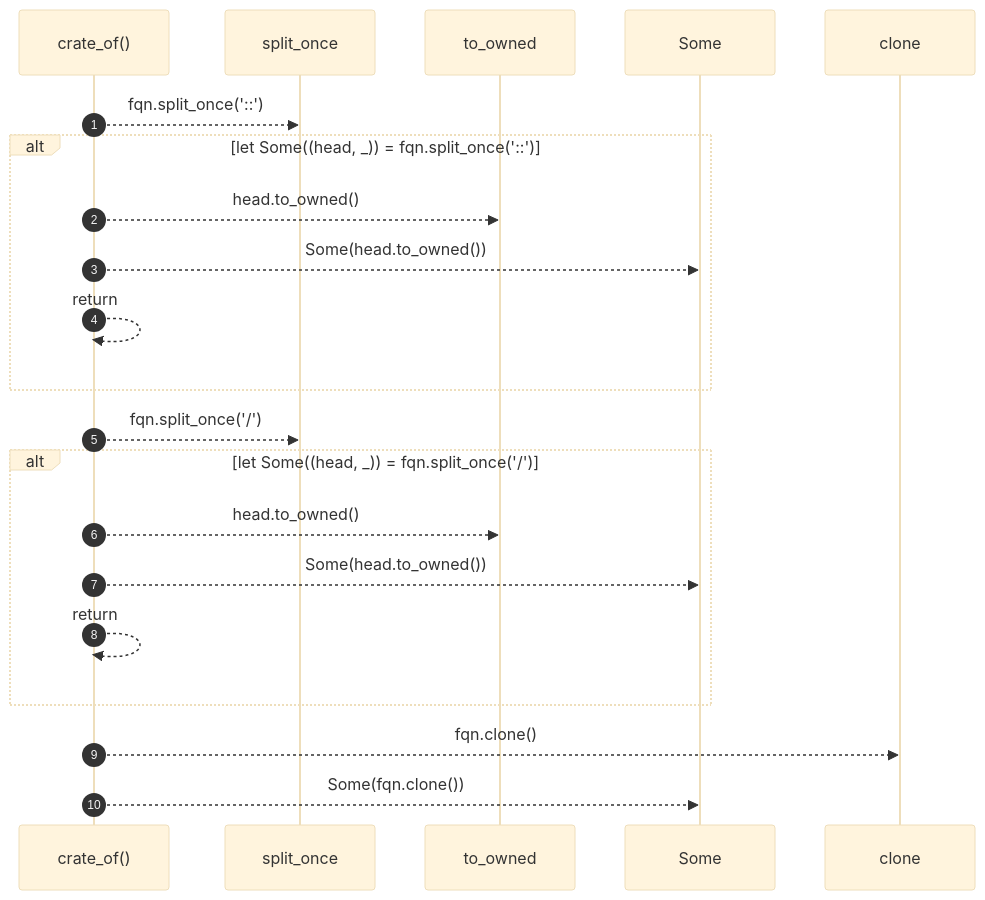
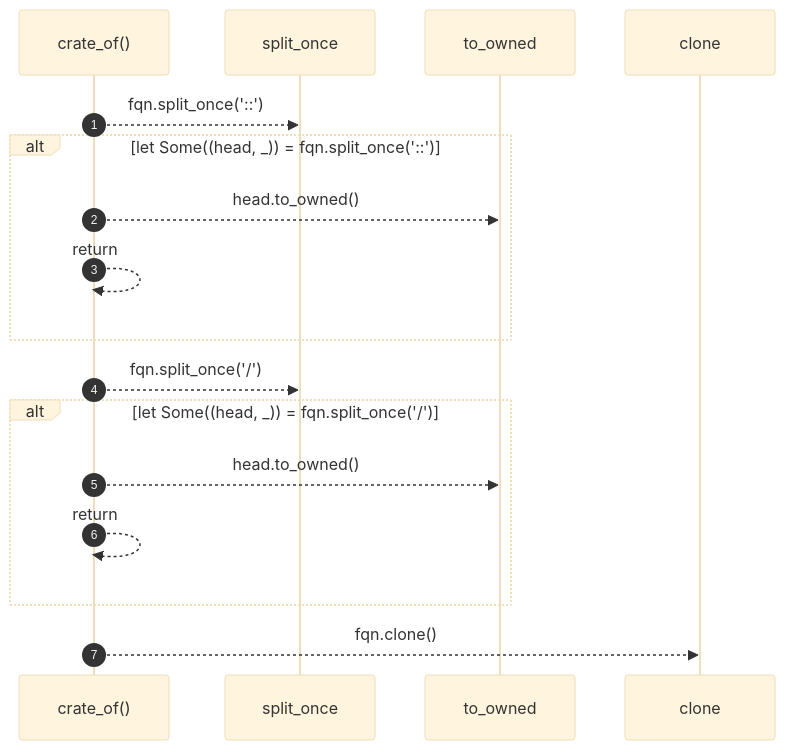
Before and after one commit to RyanGuild/self-describing-code: the diagram in docs/self-model/robby_render/tree/crate-of.md, drawn with Mermaid (base theme). The commit also changed other lines of this file and 747 other files, not shown here.

````diff
--- a/docs/self-model/robby_render/tree/crate-of.md
+++ b/docs/self-model/robby_render/tree/crate-of.md
@@ -26,23 +26,19 @@
 ```mermaid
 sequenceDiagram
     autonumber
     participant crate_of as crate_of()
     participant split_once as split_once
     participant to_owned as to_owned
-    participant Some as Some
     participant clone as clone
     crate_of-->>split_once: fqn.split_once('::')
     alt let Some((head, _)) = fqn.split_once('::')
     crate_of-->>to_owned: head.to_owned()
-    crate_of-->>Some: Some(head.to_owned())
     crate_of-->>crate_of: return
     end
     crate_of-->>split_once: fqn.split_once('/')
     alt let Some((head, _)) = fqn.split_once('/')
     crate_of-->>to_owned: head.to_owned()
-    crate_of-->>Some: Some(head.to_owned())
     crate_of-->>crate_of: return
     end
     crate_of-->>clone: fqn.clone()
-    crate_of-->>Some: Some(fqn.clone())
 ```
````
